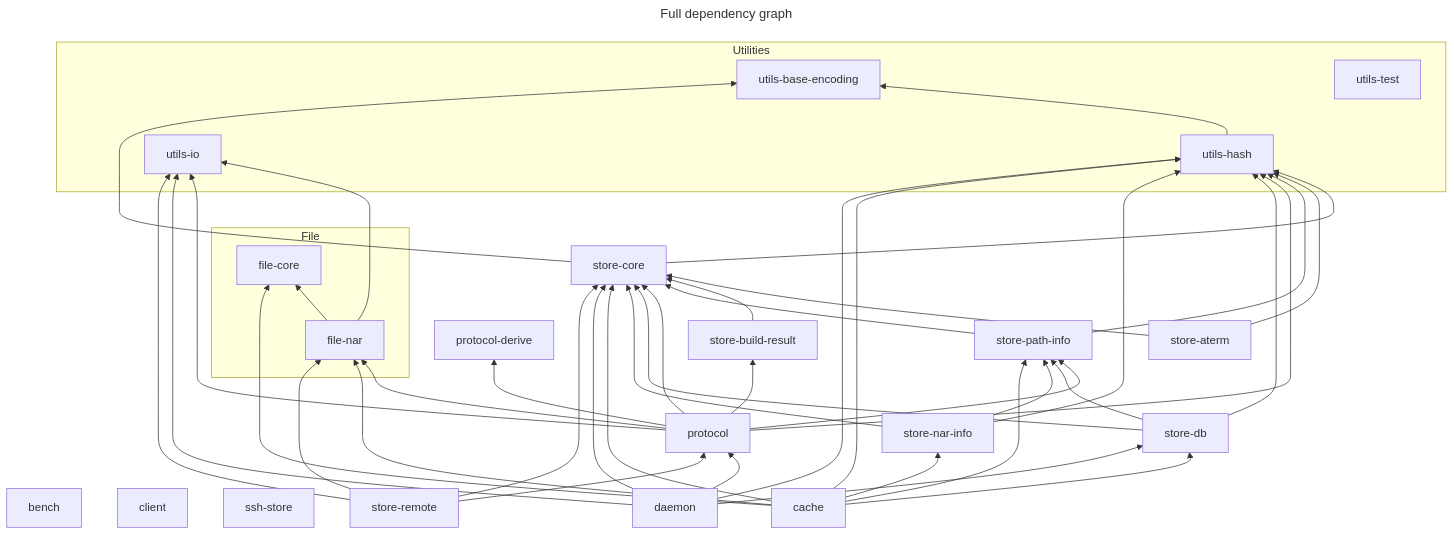
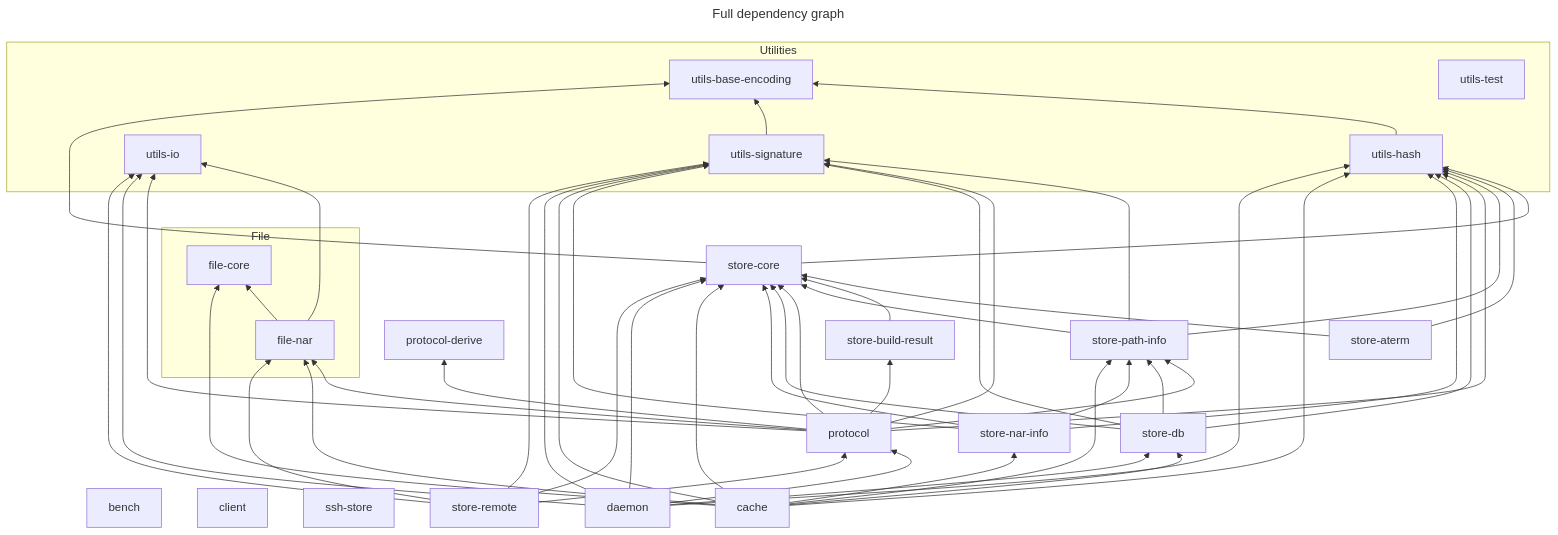
Before and after one commit to nix-community/harmonia: the first of 2 diagrams in docs/architecture/harmonia-store-structure.md, drawn with Mermaid. The commit also changed other lines of this file and 29 other files, not shown here.

First line of the commit message:
Extract `harmonia-utils-signature` crate from `harmonia-store-core`

````diff
--- a/docs/architecture/harmonia-store-structure.md
+++ b/docs/architecture/harmonia-store-structure.md
@@ -76,58 +77,67 @@
 ```mermaid
 ---
 title: Full dependency graph
 ---
 graph BT
     subgraph Utilities
         utils-base-encoding
         utils-hash
         utils-io
+        utils-signature
         utils-test
     end
     subgraph File
         file-core
         file-nar
     end
     bench
     client
     ssh-store
     file-nar --> file-core
     file-nar --> utils-io
     utils-hash --> utils-base-encoding
+    utils-signature --> utils-base-encoding
     store-core --> utils-base-encoding
     store-core --> utils-hash
     store-aterm --> store-core
     store-aterm --> utils-hash
     store-build-result --> store-core
     store-path-info --> store-core
     store-path-info --> utils-hash
+    store-path-info --> utils-signature
     protocol --> file-nar
     protocol --> protocol-derive
     protocol --> store-build-result
     protocol --> store-core
     protocol --> store-path-info
     protocol --> utils-hash
     protocol --> utils-io
+    protocol --> utils-signature
     store-db --> store-core
     store-db --> store-path-info
     store-db --> utils-hash
+    store-db --> utils-signature
     store-nar-info --> store-core
     store-nar-info --> store-path-info
     store-nar-info --> utils-hash
+    store-nar-info --> utils-signature
     cache --> file-core
     cache --> file-nar
     cache --> store-core
     cache --> store-db
     cache --> store-nar-info
     cache --> store-path-info
     cache --> utils-hash
+    cache --> utils-signature
     daemon --> protocol
     daemon --> store-core
     daemon --> store-db
     daemon --> utils-hash
     daemon --> utils-io
+    daemon --> utils-signature
     store-remote --> file-nar
     store-remote --> protocol
     store-remote --> store-core
     store-remote --> utils-io
+    store-remote --> utils-signature
 ```
````
